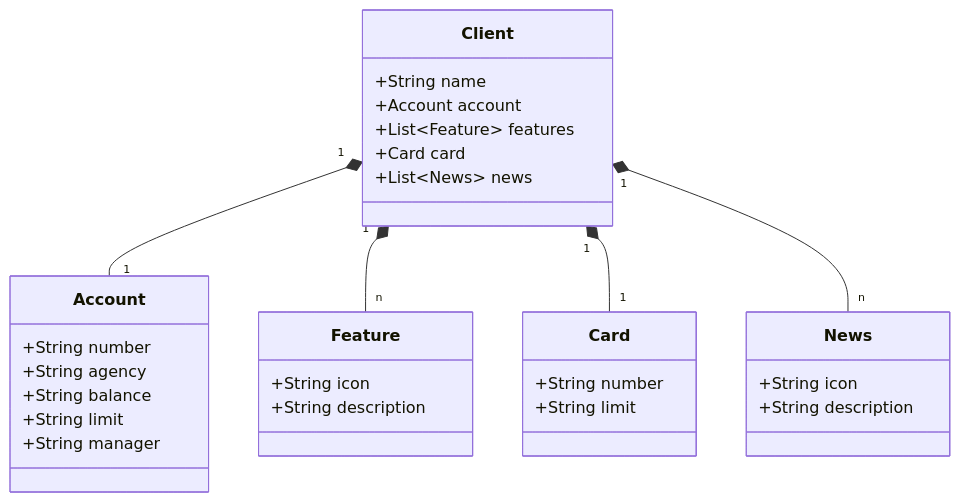
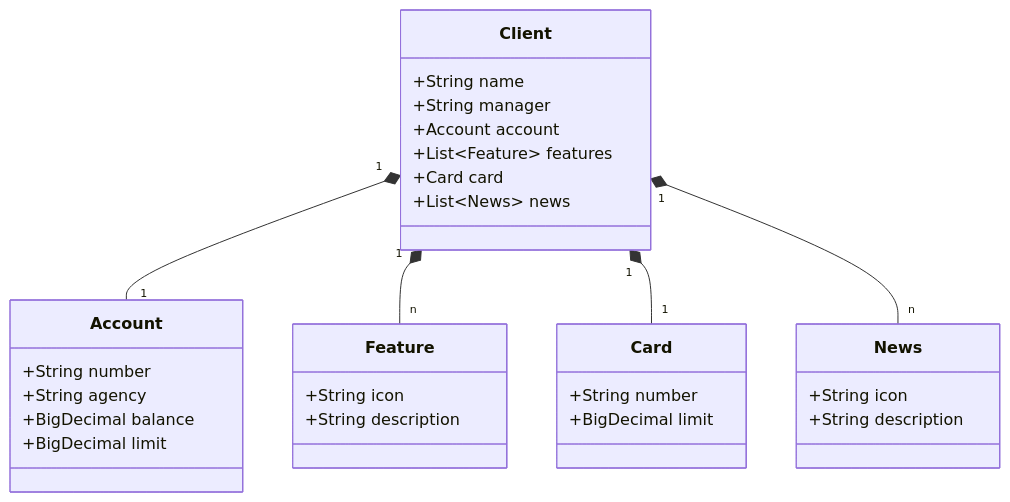
The diagram in README.md (Gfsilva13/decolatech-2025), drawn with Mermaid before and after one commit.

Commit message:
Update README.md
Atualização README.md

````diff
--- a/README.md
+++ b/README.md
@@ -6,38 +6,38 @@
 ```mermaid
 classDiagram
     class Client {
         +String name
+        +String manager
         +Account account
         +List~Feature~ features
         +Card card
         +List~News~ news
     }
 
     class Account {
         +String number
         +String agency
-        +String balance
-        +String limit
-        +String manager
+        +BigDecimal balance
+        +BigDecimal limit
     }
 
     class Feature {
         +String icon
         +String description
     }
 
     class Card {
         +String number
-        +String limit
+        +BigDecimal limit
     }
 
     class News {
         +String icon
         +String description
     }
 
     Client "1"* -- "1" Account
     Client "1"* -- "n" Feature
     Client "1"* -- "1" Card 
     Client "1"* -- "n" News 
 ```
````
